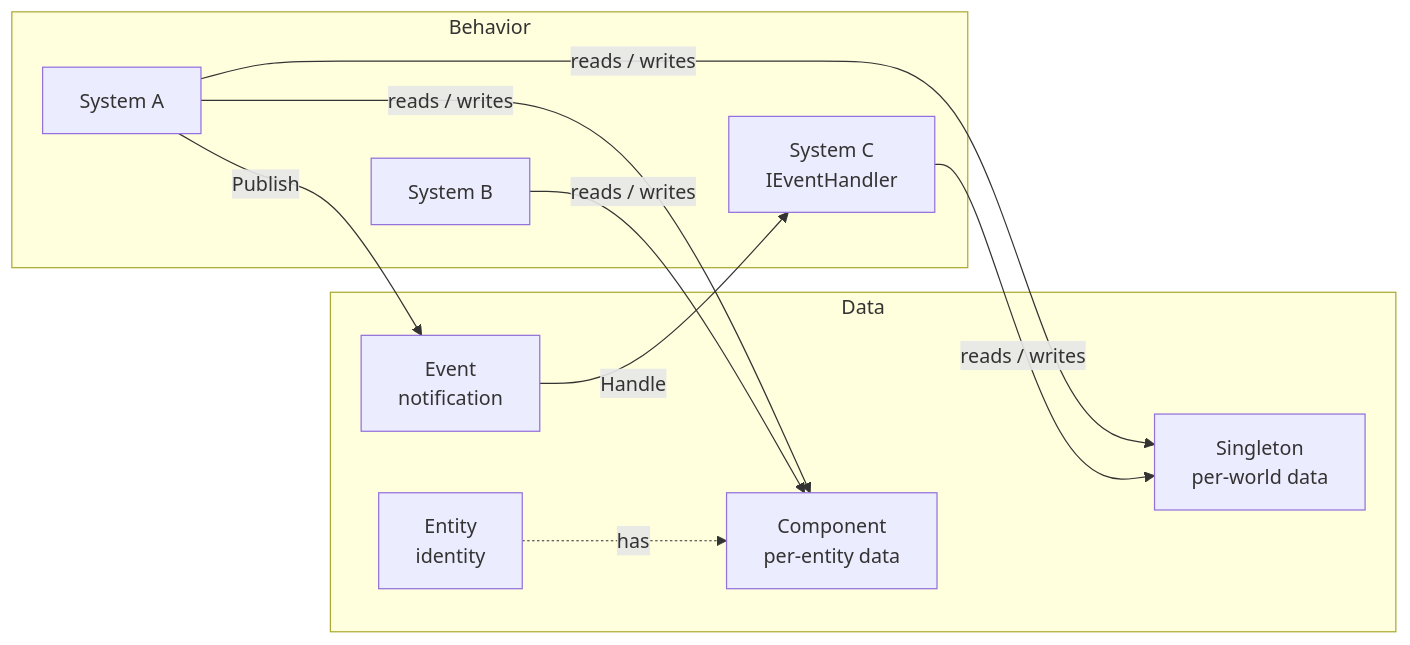
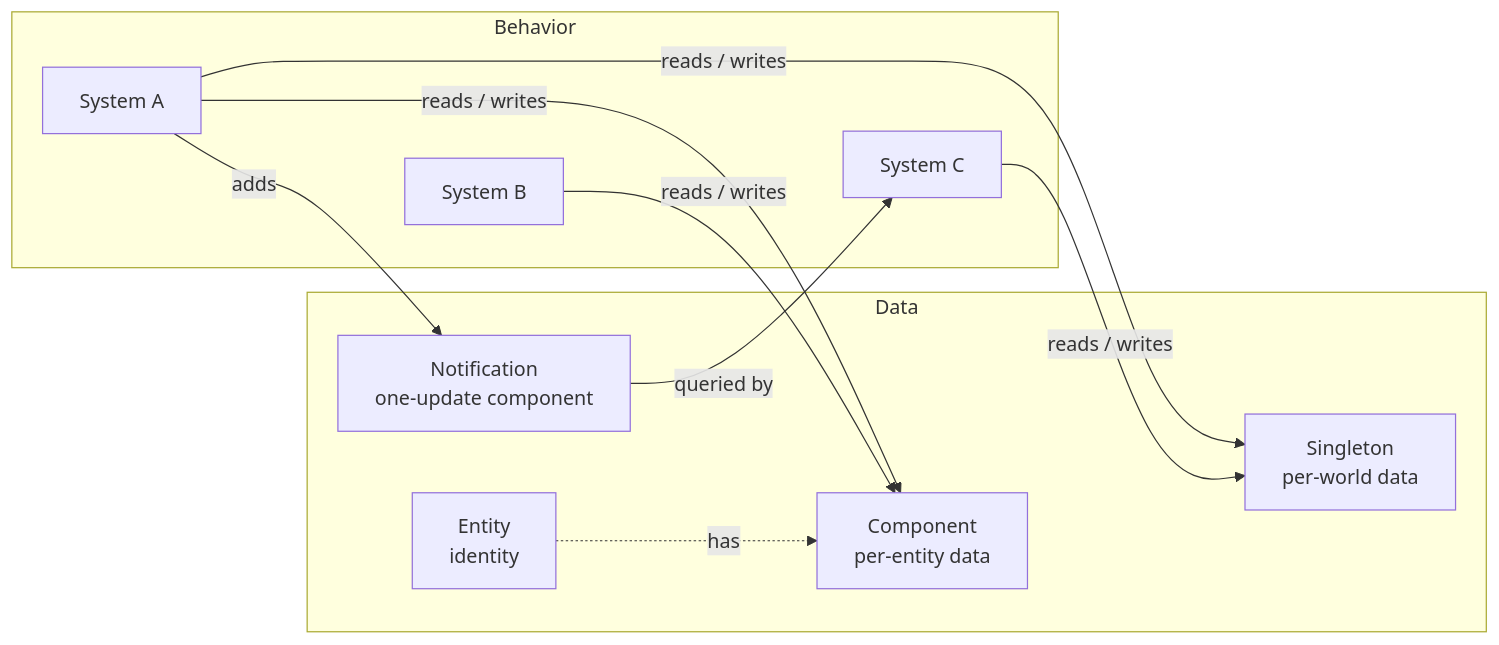
The first of 2 diagrams in doc/ecs-principles.md (JasonXuDeveloper/EasyEcs), drawn with Mermaid before and after one commit. The commit also changed other lines of this file and 5 other files, not shown here.

````diff
--- a/doc/ecs-principles.md
+++ b/doc/ecs-principles.md
@@ -10,21 +10,21 @@
 ```mermaid
 flowchart LR
     subgraph Data
         E[Entity<br/>identity]
         C[Component<br/>per-entity data]
         S[Singleton<br/>per-world data]
-        V[Event<br/>notification]
+        N[Notification<br/>one-update component]
     end
     subgraph Behavior
         A[System A]
         B[System B]
-        H[System C<br/>IEventHandler]
+        H[System C]
     end
     A -->|reads / writes| C
     A -->|reads / writes| S
     B -->|reads / writes| C
-    A -->|Publish| V
-    V -->|Handle| H
+    A -->|adds| N
+    N -->|queried by| H
     H -->|reads / writes| S
     E -.->|has| C
 ```
````
